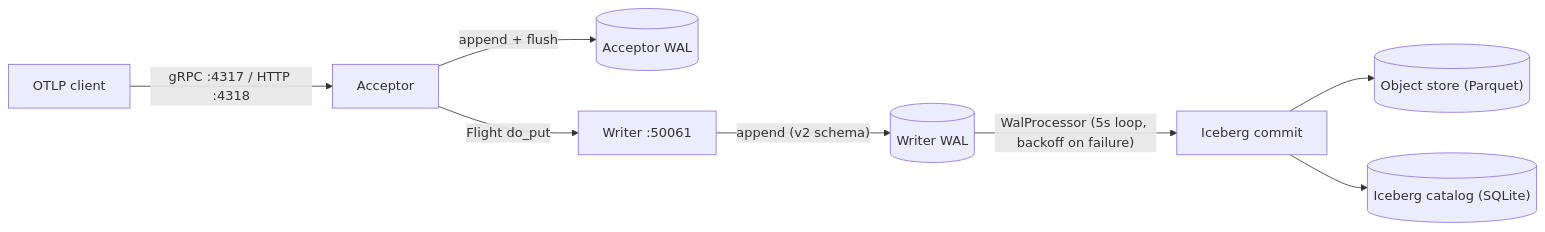
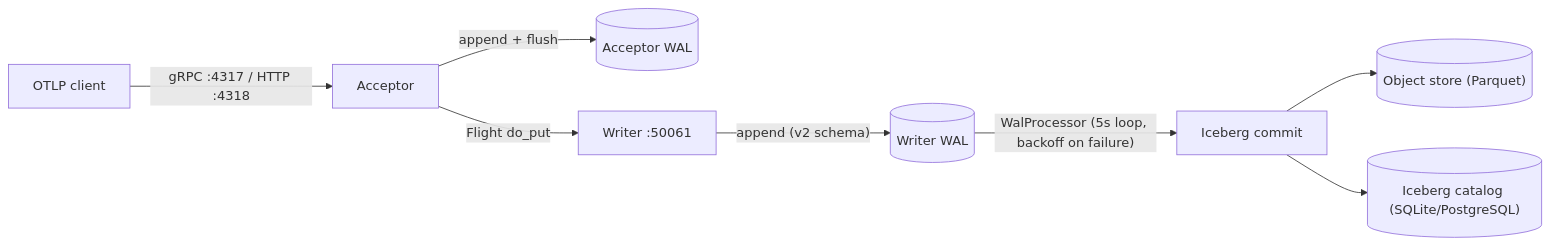
One commit to cedricziel/signaldb changed the first of 2 diagrams in docs/architecture/overview.md. Above: the diagram before and after it, drawn with Mermaid. The commit also changed other lines of this file and 6 other files, not shown here.

First line of the commit message:
feat(iceberg): Postgres backend for the Iceberg SQL catalog (#1529)

````diff
--- a/docs/architecture/overview.md
+++ b/docs/architecture/overview.md
@@ -113,10 +113,10 @@
 ```mermaid
 flowchart LR
     Client["OTLP client"] -->|"gRPC :4317 / HTTP :4318"| Acceptor
     Acceptor -->|"append + flush"| AWal[("Acceptor WAL")]
     Acceptor -->|"Flight do_put"| Writer["Writer :50061"]
     Writer -->|"append (v2 schema)"| WWal[("Writer WAL")]
     WWal -->|"WalProcessor (5s loop, backoff on failure)"| Iceberg["Iceberg commit"]
     Iceberg --> Store[("Object store (Parquet)")]
-    Iceberg --> Cat[("Iceberg catalog (SQLite)")]
+    Iceberg --> Cat[("Iceberg catalog (SQLite/PostgreSQL)")]
 ```
````
